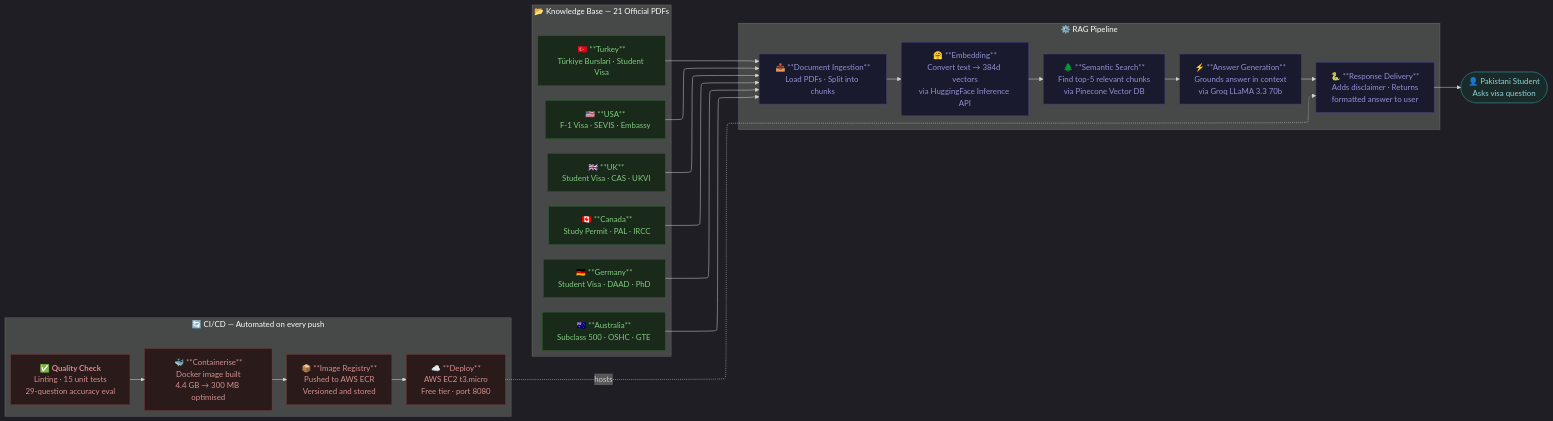
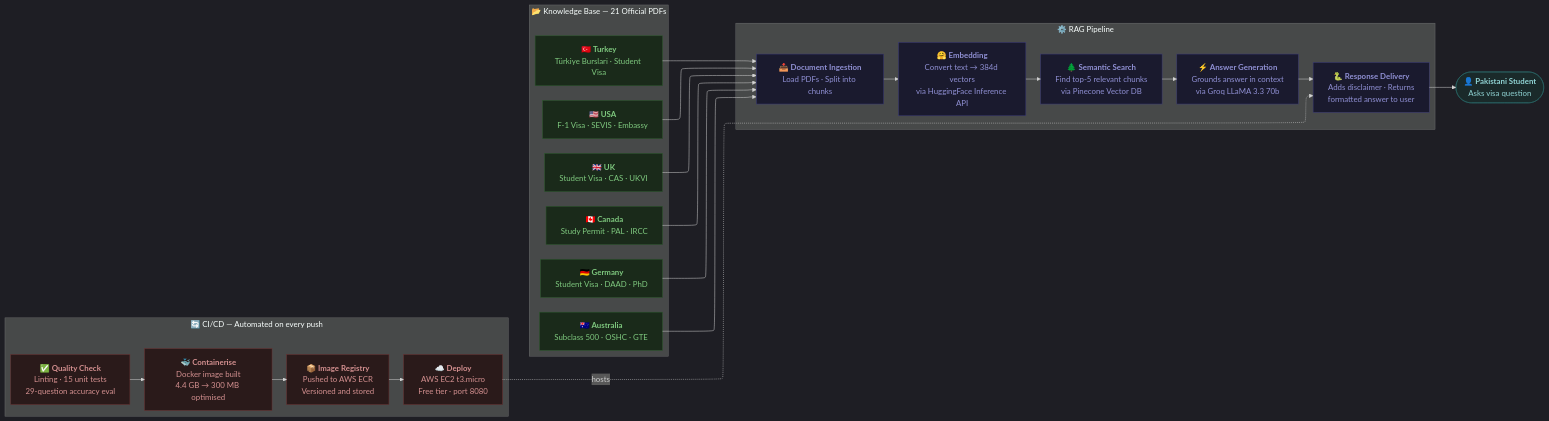
Before and after one commit to slaiba123/TakeoffPK: the diagram in README.md, drawn with Mermaid.

Commit message:
Enhance architecture diagram with bold formatting
Updated the architecture diagram in the README to use bold formatting for better visibility.

````diff
--- a/README.md
+++ b/README.md
@@ -32,54 +32,45 @@
 ```mermaid
 %%{init: {'theme': 'dark', 'flowchart': {'defaultRenderer': 'elk', 'curve': 'basis'}}}%%
 flowchart LR
-
   subgraph SOURCES["📂 Knowledge Base — 21 Official PDFs"]
     direction TB
-    USA["🇺🇸 **USA**\nF-1 Visa · SEVIS · Embassy"]
-    UK["🇬🇧 **UK**\nStudent Visa · CAS · UKVI"]
-    CA["🇨🇦 **Canada**\nStudy Permit · PAL · IRCC"]
-    DE["🇩🇪 **Germany**\nStudent Visa · DAAD · PhD"]
-    AU["🇦🇺 **Australia**\nSubclass 500 · OSHC · GTE"]
-    TR["🇹🇷 **Turkey**\nTürkiye Burslari · Student Visa"]
+    USA["🇺🇸 <b>USA</b><br/>F-1 Visa · SEVIS · Embassy"]
+    UK["🇬🇧 <b>UK</b><br/>Student Visa · CAS · UKVI"]
+    CA["🇨🇦 <b>Canada</b><br/>Study Permit · PAL · IRCC"]
+    DE["🇩🇪 <b>Germany</b><br/>Student Visa · DAAD · PhD"]
+    AU["🇦🇺 <b>Australia</b><br/>Subclass 500 · OSHC · GTE"]
+    TR["🇹🇷 <b>Turkey</b><br/>Türkiye Burslari · Student Visa"]
   end
-
   subgraph PIPELINE["⚙️ RAG Pipeline"]
     direction LR
-    INGEST["📥 **Document Ingestion**\nLoad PDFs · Split into chunks"]
-    EMBED["🤗 **Embedding**\nConvert text → 384d vectors\nvia HuggingFace Inference API"]
-    SEARCH["🌲 **Semantic Search**\nFind top-5 relevant chunks\nvia Pinecone Vector DB"]
-    GENERATE["⚡ **Answer Generation**\nGrounds answer in context\nvia Groq LLaMA 3.3 70b"]
-    RESPOND["🐍 **Response Delivery**\nAdds disclaimer · Returns\nformatted answer to user"]
-
+    INGEST["📥 <b>Document Ingestion</b><br/>Load PDFs · Split into chunks"]
+    EMBED["🤗 <b>Embedding</b><br/>Convert text → 384d vectors<br/>via HuggingFace Inference API"]
+    SEARCH["🌲 <b>Semantic Search</b><br/>Find top-5 relevant chunks<br/>via Pinecone Vector DB"]
+    GENERATE["⚡ <b>Answer Generation</b><br/>Grounds answer in context<br/>via Groq LLaMA 3.3 70b"]
+    RESPOND["🐍 <b>Response Delivery</b><br/>Adds disclaimer · Returns<br/>formatted answer to user"]
     INGEST --> EMBED
     EMBED --> SEARCH
     SEARCH --> GENERATE
     GENERATE --> RESPOND
   end
-
   subgraph CICD["🔄 CI/CD — Automated on every push"]
     direction LR
-    TEST["✅ <b>Quality Check</b>\nLinting · 15 unit tests\n29-question accuracy eval"]
-    BUILD["🐳 **Containerise**\nDocker image built\n4.4 GB → 300 MB optimised"]
-    REGISTRY["📦 **Image Registry**\nPushed to AWS ECR\nVersioned and stored"]
-    DEPLOY["☁️ **Deploy**\nAWS EC2 t3.micro\nFree tier · port 8080"]
-
+    TEST["✅ <b>Quality Check</b><br/>Linting · 15 unit tests<br/>29-question accuracy eval"]
+    BUILD["🐳 <b>Containerise</b><br/>Docker image built<br/>4.4 GB → 300 MB optimised"]
+    REGISTRY["📦 <b>Image Registry</b><br/>Pushed to AWS ECR<br/>Versioned and stored"]
+    DEPLOY["☁️ <b>Deploy</b><br/>AWS EC2 t3.micro<br/>Free tier · port 8080"]
     TEST --> BUILD --> REGISTRY --> DEPLOY
   end
-
-  USER(["👤 Pakistani Student\nAsks visa question"])
-
+  USER(["👤 <b>Pakistani Student</b><br/>Asks visa question"])
   USA & UK & CA & DE & AU & TR --> INGEST
   RESPOND --> USER
   DEPLOY -.->|"hosts"| RESPOND
-
   classDef source fill:#1a2a1a,stroke:#2d5a2d,color:#7fc97f
   classDef pipeline fill:#1a1a2e,stroke:#3d3d7a,color:#9090d4
   classDef cicd fill:#2a1a1a,stroke:#6a3030,color:#d49090
   classDef user fill:#1a2a2a,stroke:#2d6a6a,color:#90d4d4
-
   class USA,UK,CA,DE,AU,TR source
   class INGEST,EMBED,SEARCH,GENERATE,RESPOND pipeline
   class TEST,BUILD,REGISTRY,DEPLOY cicd
   class USER user
 ```
````
